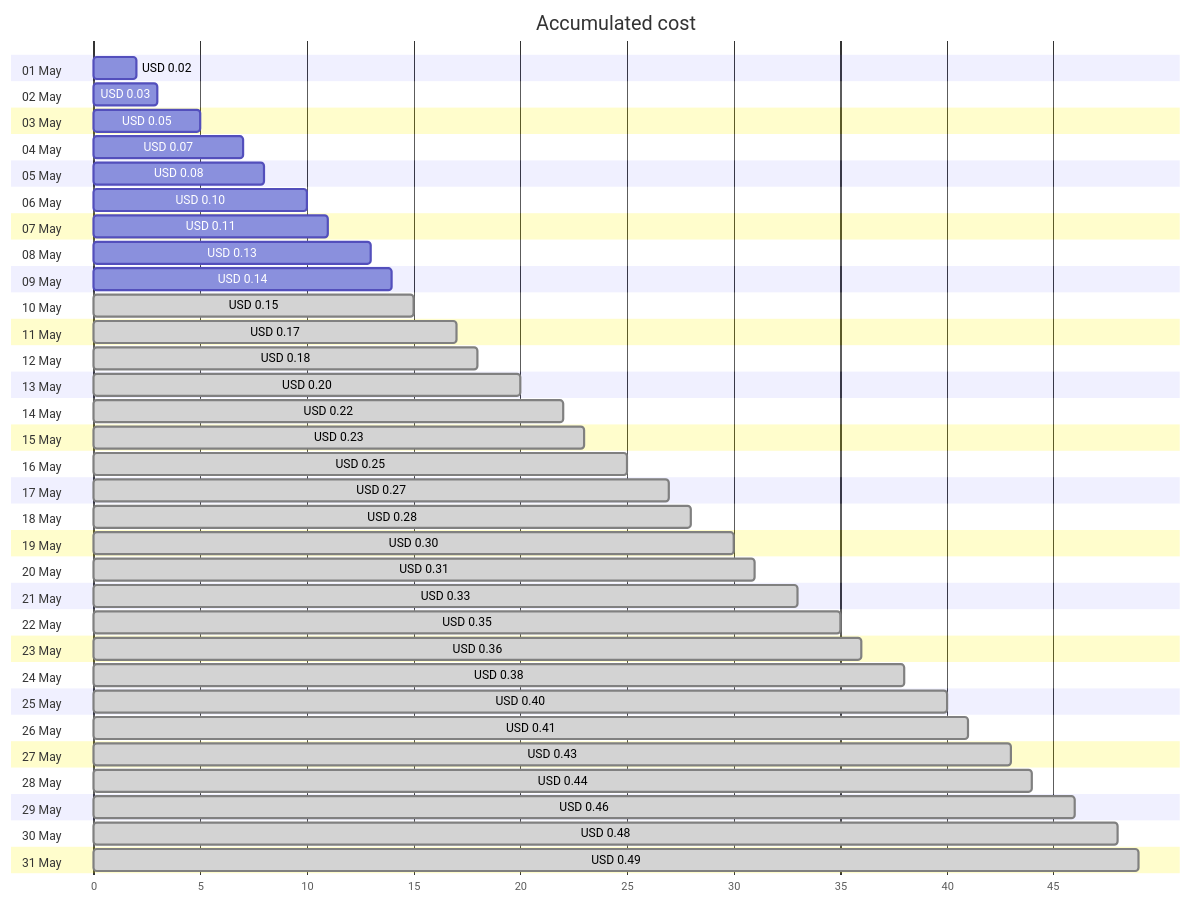
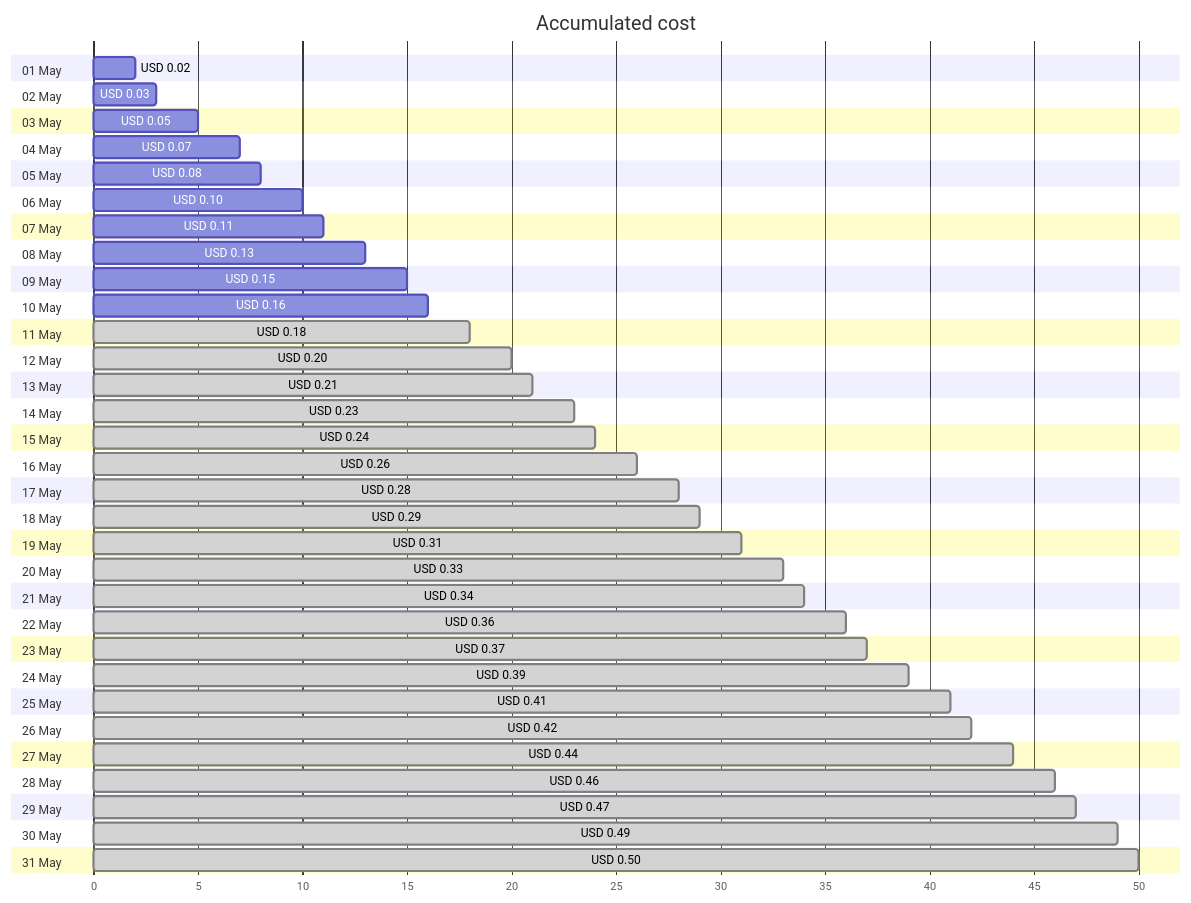
The first of 4 diagrams in cost-reports/personal-dns/jpatrickfulton.com.md (jpfulton/azure-personal-reports), drawn with Mermaid before and after one commit. The commit also changed other lines of this file and 2 other files, not shown here.

Commit message:
Generated reports [skip ci]

````diff
--- a/cost-reports/personal-dns/jpatrickfulton.com.md
+++ b/cost-reports/personal-dns/jpatrickfulton.com.md
@@ -20,68 +20,68 @@
 ```mermaid
 gantt
    title Accumulated cost
    dateFormat  X
    axisFormat %s
    section 01 May
    USD 0.02 :0, 2
    section 02 May
    USD 0.03 :0, 3
    section 03 May
    USD 0.05 :0, 5
    section 04 May
    USD 0.07 :0, 7
    section 05 May
    USD 0.08 :0, 8
    section 06 May
    USD 0.10 :0, 10
    section 07 May
    USD 0.11 :0, 11
    section 08 May
    USD 0.13 :0, 13
    section 09 May
-   USD 0.14 :0, 14
+   USD 0.15 :0, 15
    section 10 May
-   USD 0.15 : done, 0, 15
+   USD 0.16 :0, 16
    section 11 May
-   USD 0.17 : done, 0, 17
+   USD 0.18 : done, 0, 18
    section 12 May
-   USD 0.18 : done, 0, 18
+   USD 0.20 : done, 0, 20
    section 13 May
-   USD 0.20 : done, 0, 20
+   USD 0.21 : done, 0, 21
    section 14 May
-   USD 0.22 : done, 0, 22
+   USD 0.23 : done, 0, 23
    section 15 May
-   USD 0.23 : done, 0, 23
+   USD 0.24 : done, 0, 24
    section 16 May
-   USD 0.25 : done, 0, 25
+   USD 0.26 : done, 0, 26
    section 17 May
-   USD 0.27 : done, 0, 27
+   USD 0.28 : done, 0, 28
    section 18 May
-   USD 0.28 : done, 0, 28
+   USD 0.29 : done, 0, 29
    section 19 May
-   USD 0.30 : done, 0, 30
+   USD 0.31 : done, 0, 31
    section 20 May
-   USD 0.31 : done, 0, 31
+   USD 0.33 : done, 0, 33
    section 21 May
-   USD 0.33 : done, 0, 33
+   USD 0.34 : done, 0, 34
    section 22 May
-   USD 0.35 : done, 0, 35
+   USD 0.36 : done, 0, 36
    section 23 May
-   USD 0.36 : done, 0, 36
+   USD 0.37 : done, 0, 37
    section 24 May
-   USD 0.38 : done, 0, 38
+   USD 0.39 : done, 0, 39
    section 25 May
-   USD 0.40 : done, 0, 40
+   USD 0.41 : done, 0, 41
    section 26 May
-   USD 0.41 : done, 0, 41
+   USD 0.42 : done, 0, 42
    section 27 May
-   USD 0.43 : done, 0, 43
+   USD 0.44 : done, 0, 44
    section 28 May
-   USD 0.44 : done, 0, 44
+   USD 0.46 : done, 0, 46
    section 29 May
-   USD 0.46 : done, 0, 46
+   USD 0.47 : done, 0, 47
    section 30 May
-   USD 0.48 : done, 0, 48
+   USD 0.49 : done, 0, 49
    section 31 May
-   USD 0.49 : done, 0, 49
+   USD 0.50 : done, 0, 50
 ```
````
